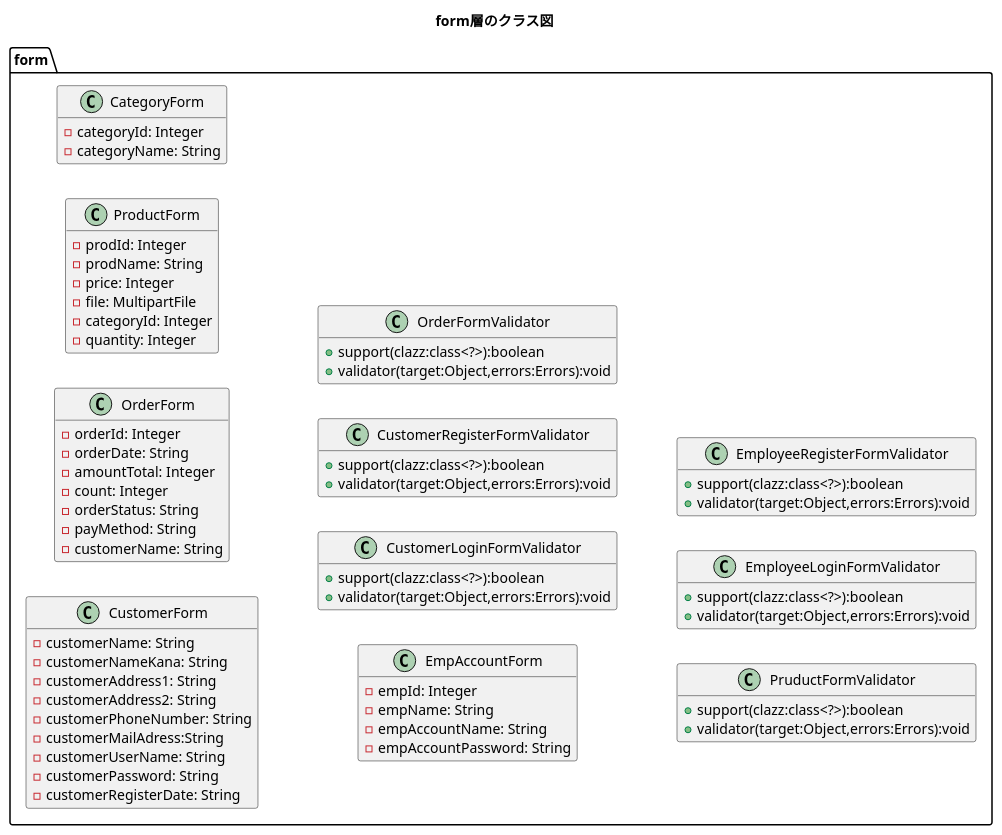
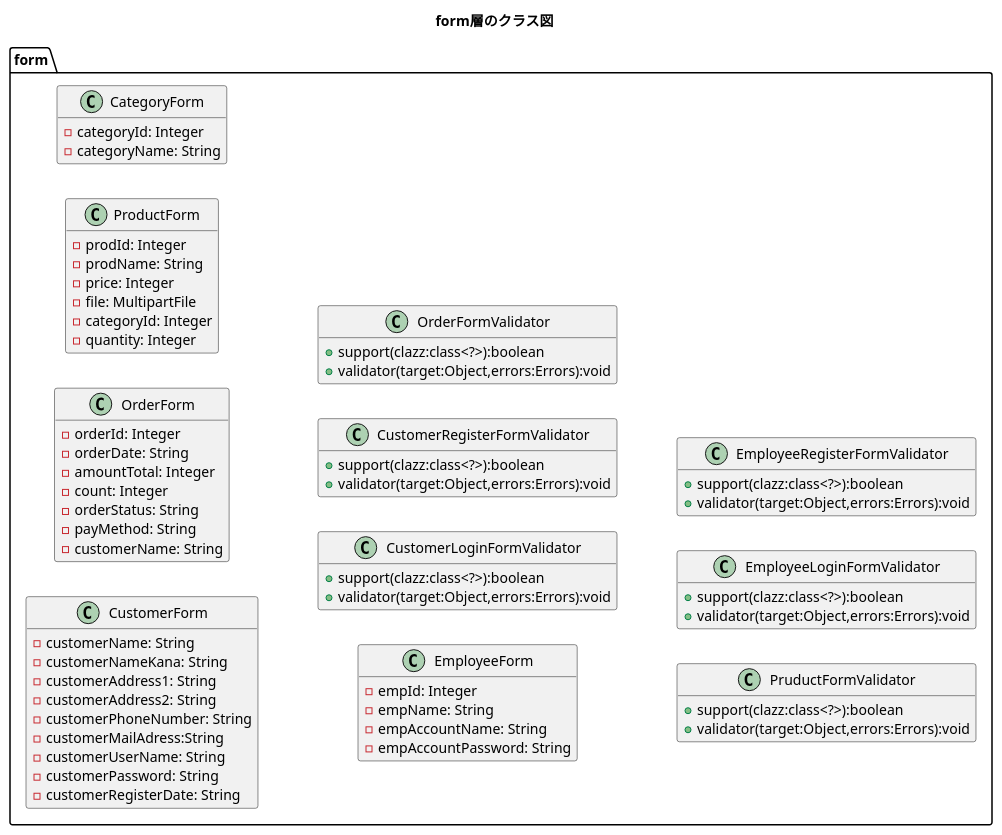
Before and after one commit to kanavii3333/ec-b: the diagram in plan/uml/class/form.plantuml, drawn with PlantUML.

Commit message:
クラス名修正

```diff
--- a/plan/uml/class/form.plantuml
+++ b/plan/uml/class/form.plantuml
@@ -1,82 +1,82 @@
 @startuml
 title form層のクラス図
 hide empty members
 left to right direction
 
 package form{
 
     class CustomerForm{
         -customerName: String
         -customerNameKana: String
         -customerAddress1: String
         -customerAddress2: String
         -customerPhoneNumber: String
         -customerMailAdress:String
         -customerUserName: String
         -customerPassword: String
         -customerRegisterDate: String
     }
 
     class OrderForm{
         -orderId: Integer
         -orderDate: String
         -amountTotal: Integer
         -count: Integer
         -orderStatus: String
         -payMethod: String
         -customerName: String
     }
 
     class ProductForm{
         -prodId: Integer
         -prodName: String
         -price: Integer
         -file: MultipartFile
         -categoryId: Integer
         -quantity: Integer
     }
     
     class CategoryForm{
         -categoryId: Integer
         -categoryName: String
     }
 	
 	
-	class EmpAccountForm{
+	class EmployeeForm{
 		-empId: Integer
 		-empName: String
 		-empAccountName: String
         -empAccountPassword: String
 	}
     
     class CustomerLoginFormValidator{
 		+support(clazz:class<?>):boolean
 		+validator(target:Object,errors:Errors):void
     }
 
     class CustomerRegisterFormValidator{
 		+support(clazz:class<?>):boolean
 		+validator(target:Object,errors:Errors):void
     }
     
     class OrderFormValidator{
 		+support(clazz:class<?>):boolean
 		+validator(target:Object,errors:Errors):void
     }
     
     class PruductFormValidator{
 		+support(clazz:class<?>):boolean
 		+validator(target:Object,errors:Errors):void
     }
     
     class EmployeeLoginFormValidator{
 		+support(clazz:class<?>):boolean
 		+validator(target:Object,errors:Errors):void
     }
 
     class EmployeeRegisterFormValidator{
 		+support(clazz:class<?>):boolean
 		+validator(target:Object,errors:Errors):void
     }
 }
 @enduml
```
